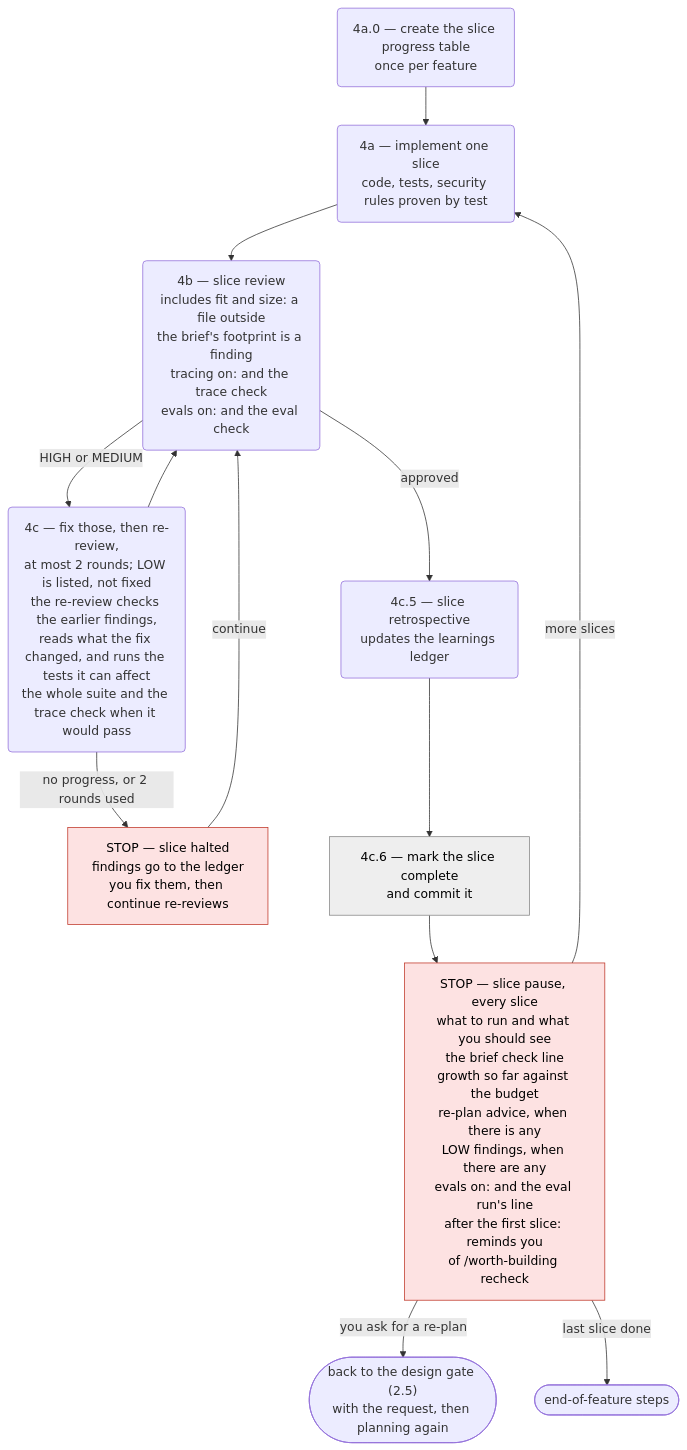
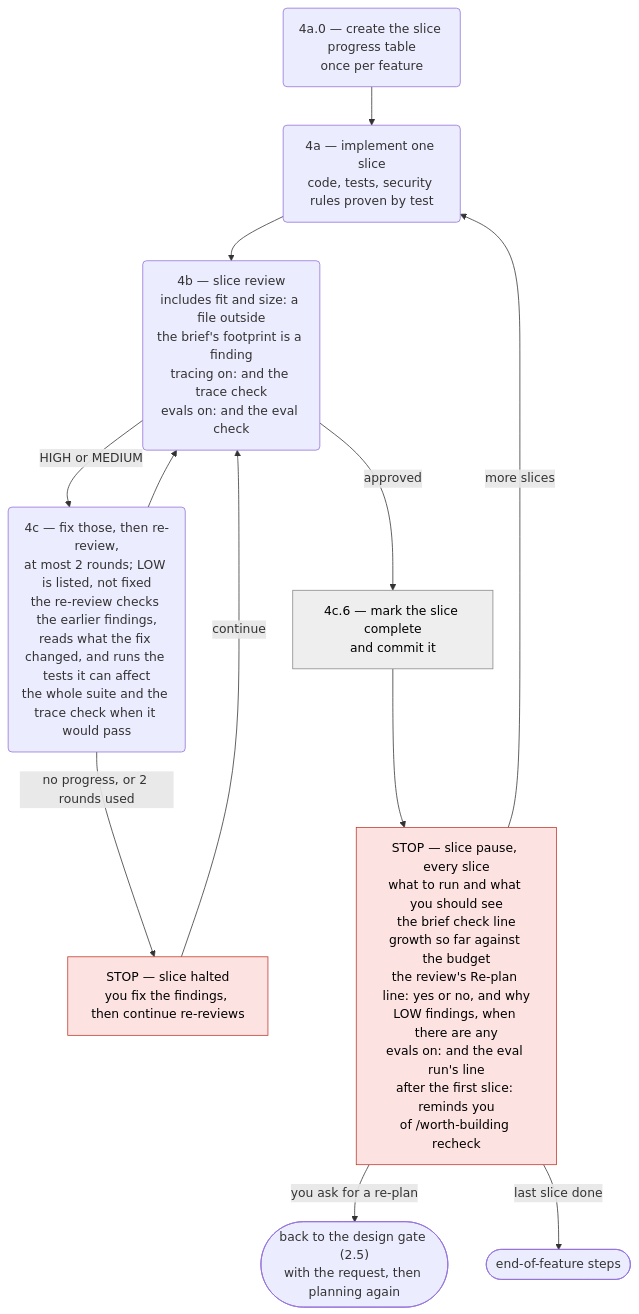
One commit to pablooliva/claude-plugins changed the third of 4 diagrams in agent-engineering/docs/sdd-flow-diagram.md. Above: the diagram before and after it, drawn with Mermaid. The commit also changed other lines of this file and 32 other files, not shown here.

First line of the commit message:
ae(4.6.0): sdd-flow release 2, part 6 — fewer steps

````diff
--- a/agent-engineering/docs/sdd-flow-diagram.md
+++ b/agent-engineering/docs/sdd-flow-diagram.md
@@ -96,18 +97,17 @@
 ```mermaid
 flowchart TD
     scaffold("4a.0 — create the slice progress table<br/>once per feature") --> impl("4a — implement one slice<br/>code, tests, security rules proven by test")
     impl --> review("4b — slice review<br/>includes fit and size: a file outside<br/>the brief's footprint is a finding<br/>tracing on: and the trace check<br/>evals on: and the eval check")
     review -- "HIGH or MEDIUM" --> fix("4c — fix those, then re-review,<br/>at most 2 rounds; LOW is listed, not fixed<br/>the re-review checks the earlier findings,<br/>reads what the fix changed, and runs the tests it can affect<br/>the whole suite and the trace check when it would pass")
     fix --> review
-    fix -- "no progress, or 2 rounds used" --> halt["STOP — slice halted<br/>findings go to the ledger<br/>you fix them, then continue re-reviews"]:::stop
+    fix -- "no progress, or 2 rounds used" --> halt["STOP — slice halted<br/>you fix the findings, then continue re-reviews"]:::stop
     halt -- "continue" --> review
-    review -- "approved" --> retro("4c.5 — slice retrospective<br/>updates the learnings ledger")
-    retro --> commit["4c.6 — mark the slice complete<br/>and commit it"]:::orch
-    commit --> pause["STOP — slice pause, every slice<br/>what to run and what you should see<br/>the brief check line<br/>growth so far against the budget<br/>re-plan advice, when there is any<br/>LOW findings, when there are any<br/>evals on: and the eval run's line<br/>after the first slice: reminds you<br/>of /worth-building recheck"]:::stop
+    review -- "approved" --> commit["4c.6 — mark the slice complete<br/>and commit it"]:::orch
+    commit --> pause["STOP — slice pause, every slice<br/>what to run and what you should see<br/>the brief check line<br/>growth so far against the budget<br/>the review's Re-plan line: yes or no, and why<br/>LOW findings, when there are any<br/>evals on: and the eval run's line<br/>after the first slice: reminds you<br/>of /worth-building recheck"]:::stop
     pause -- "you ask for a re-plan" --> replan(["back to the design gate (2.5)<br/>with the request, then planning again"])
     pause -- "more slices" --> impl
     pause -- "last slice done" --> eof(["end-of-feature steps"])
 
     classDef stop fill:#fde2e2,stroke:#c0392b,color:#000
     classDef orch fill:#eeeeee,stroke:#888888,color:#000
 ```
````
